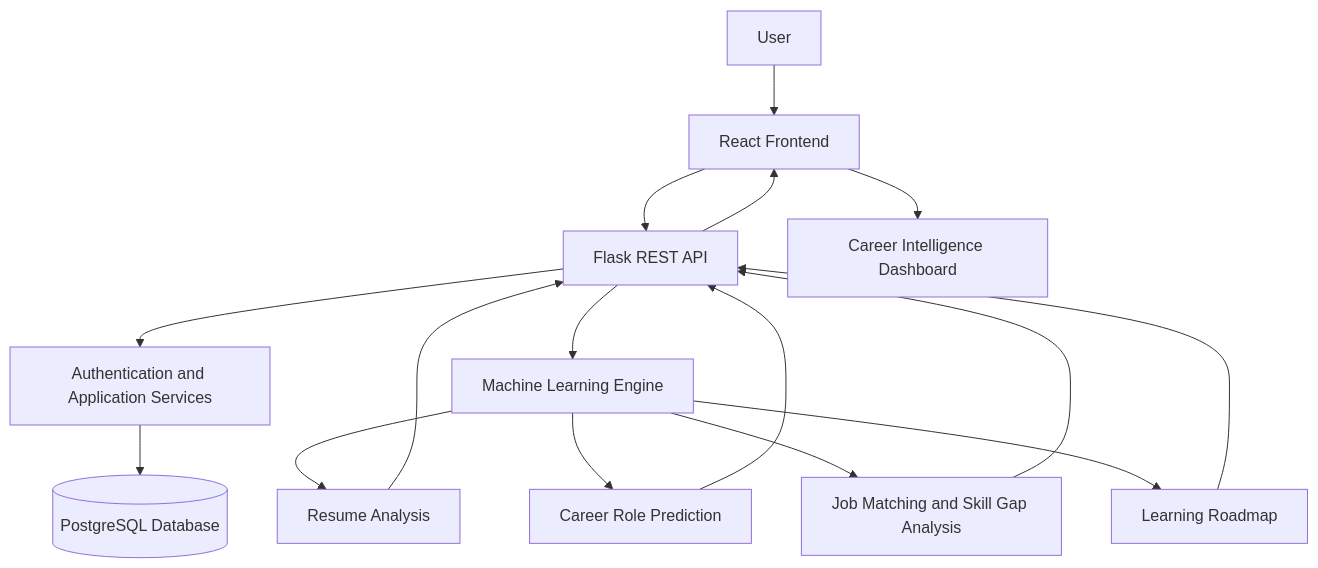
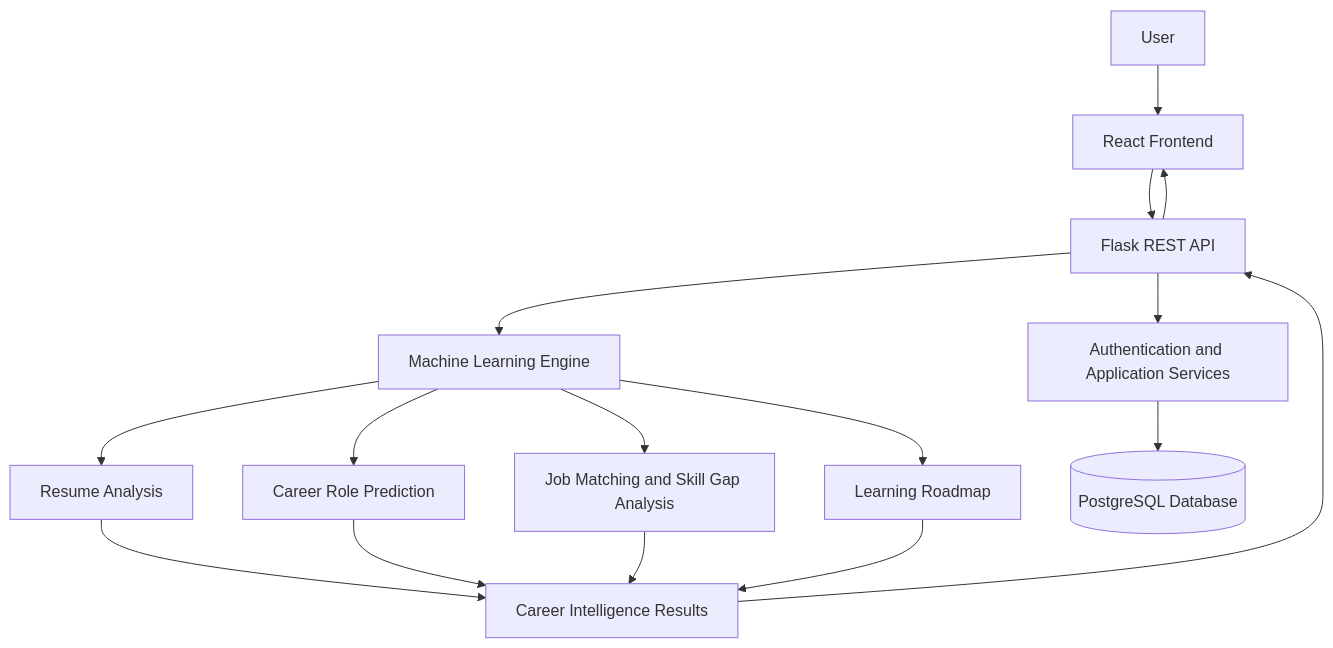
Before and after one commit to jenifer1104p/AVORA-AI: the first of 2 diagrams in README.md, drawn with Mermaid. The commit also changed other lines of this file, not shown here.

````diff
--- a/README.md
+++ b/README.md
@@ -89,18 +109,18 @@
 ```mermaid
 flowchart TD
     A[User] --> B[React Frontend]
     B --> C[Flask REST API]
     C --> D[Authentication and Application Services]
     C --> E[Machine Learning Engine]
     E --> F[Resume Analysis]
     E --> G[Career Role Prediction]
     E --> H[Job Matching and Skill Gap Analysis]
     E --> I[Learning Roadmap]
     D --> J[(PostgreSQL Database)]
-    F --> C
-    G --> C
-    H --> C
-    I --> C
+    F --> K[Career Intelligence Results]
+    G --> K
+    H --> K
+    I --> K
+    K --> C
     C --> B
-    B --> K[Career Intelligence Dashboard]
 ```
````
